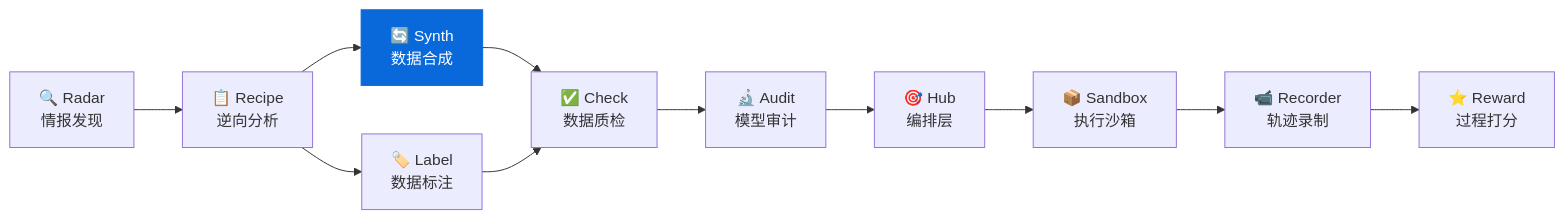
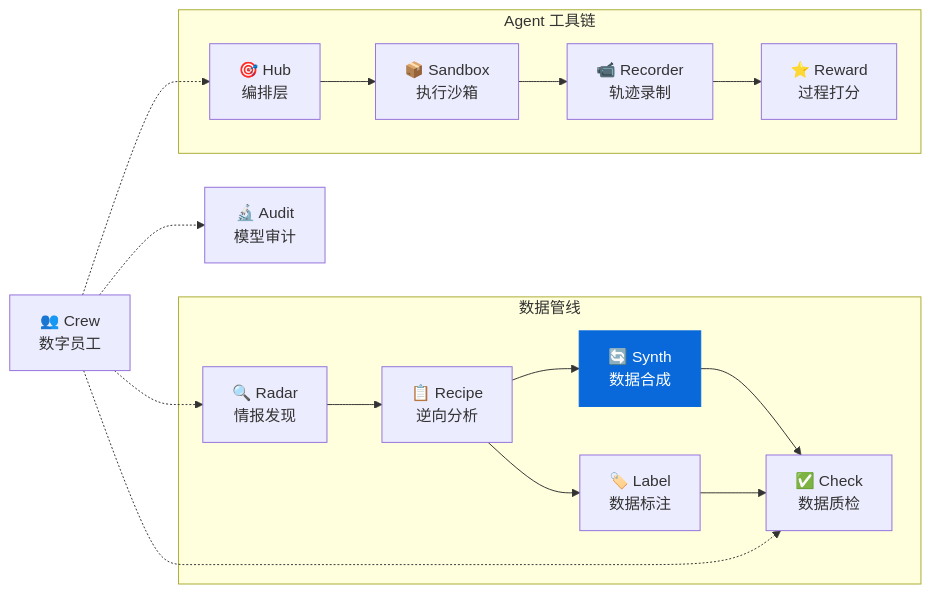
One commit to liuxiaotong/data-synth changed the diagram in README.md. Above: the diagram before and after it, drawn with Mermaid. The commit also changed other lines of this file, not shown here.

Commit message:
docs: 更新生态表格和 Mermaid 图，新增 Crew 项目

````diff
--- a/README.md
+++ b/README.md
@@ -462,14 +462,22 @@
 ```mermaid
 graph LR
-    Radar["🔍 Radar<br/>情报发现"] --> Recipe["📋 Recipe<br/>逆向分析"]
-    Recipe --> Synth["🔄 Synth<br/>数据合成"]
-    Recipe --> Label["🏷️ Label<br/>数据标注"]
-    Synth --> Check["✅ Check<br/>数据质检"]
-    Label --> Check
-    Check --> Audit["🔬 Audit<br/>模型审计"]
-    Audit --> Hub["🎯 Hub<br/>编排层"]
-    Hub --> Sandbox["📦 Sandbox<br/>执行沙箱"]
-    Sandbox --> Recorder["📹 Recorder<br/>轨迹录制"]
-    Recorder --> Reward["⭐ Reward<br/>过程打分"]
+    subgraph 数据管线
+        Radar["🔍 Radar<br/>情报发现"] --> Recipe["📋 Recipe<br/>逆向分析"]
+        Recipe --> Synth["🔄 Synth<br/>数据合成"]
+        Recipe --> Label["🏷️ Label<br/>数据标注"]
+        Synth --> Check["✅ Check<br/>数据质检"]
+        Label --> Check
+    end
+    Audit["🔬 Audit<br/>模型审计"]
+    subgraph Agent 工具链
+        Hub["🎯 Hub<br/>编排层"] --> Sandbox["📦 Sandbox<br/>执行沙箱"]
+        Sandbox --> Recorder["📹 Recorder<br/>轨迹录制"]
+        Recorder --> Reward["⭐ Reward<br/>过程打分"]
+    end
+    Crew["👥 Crew<br/>数字员工"]
+    Crew -.-> Radar
+    Crew -.-> Check
+    Crew -.-> Audit
+    Crew -.-> Hub
     style Synth fill:#0969da,color:#fff,stroke:#0969da
 ```
````
